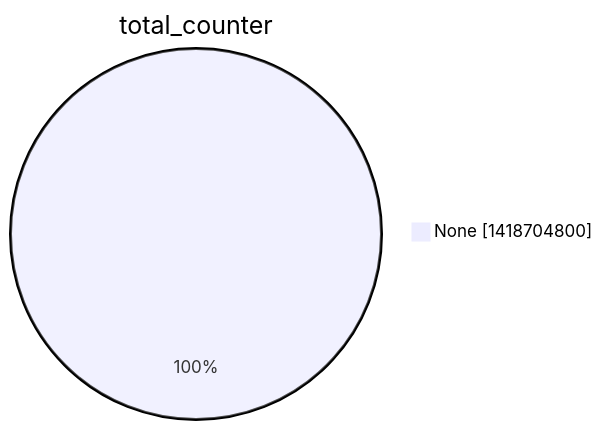
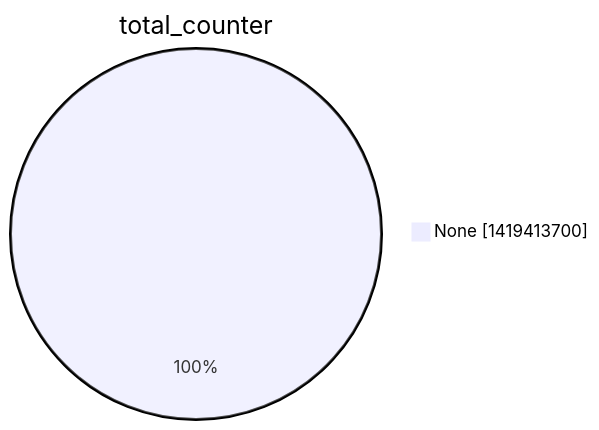
Before and after one commit to christiankrug/ctmonitor_visualization: the second of 15 diagrams in argon2022/README.md, drawn with Mermaid. The commit also changed other lines of this file, not shown here.

````diff
--- a/argon2022/README.md
+++ b/argon2022/README.md
@@ -9,5 +9,5 @@
 ```mermaid
 pie showData
 title total_counter
-"None" :1418704800
+"None" :1419413700
 ```
````
